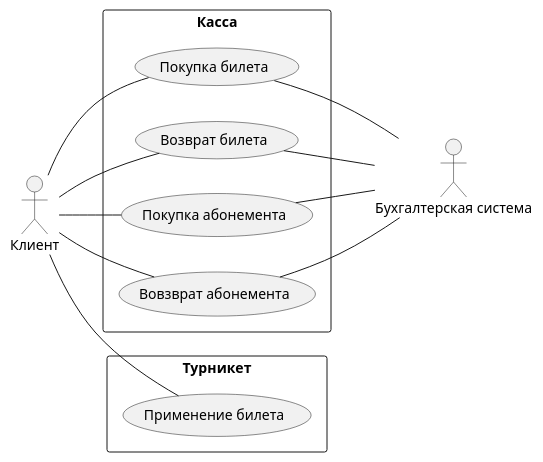
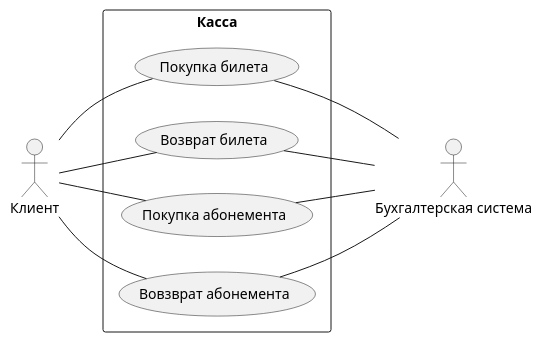
The diagram in Прецеденты/Диаграмма прецедентов.md (penamarth/bsbo-13-22_team3_var10), drawn with PlantUML before and after one commit.

Commit message:
Update Диаграмма прецедентов.md

````diff
--- a/Прецеденты/Диаграмма прецедентов.md
+++ b/Прецеденты/Диаграмма прецедентов.md
@@ -3,38 +3,31 @@
 ```plantuml
 @startuml
 skinparam packageStyle rect
 left to right direction
 
 :Клиент:
 
 package Касса {
 
 (Покупка билета)
 (Возврат билета)
 (Покупка абонемента)
 (Вовзврат абонемента)
 
 }
 
-package Турникет {
-
-(Применение билета)
-
-}
-
 :Клиент: -- (Покупка билета)
 :Клиент: -- (Возврат билета)
 :Клиент: -- (Покупка абонемента)
 :Клиент: -- (Вовзврат абонемента)
-:Клиент: -- (Применение билета)
 
 :Бухгалтерская система:
 
 
 (Покупка билета) -- :Бухгалтерская система:
 (Возврат билета) -- :Бухгалтерская система:
 (Покупка абонемента) -- :Бухгалтерская система:
 (Вовзврат абонемента) -- :Бухгалтерская система: 
 
 @enduml
 ```
````
